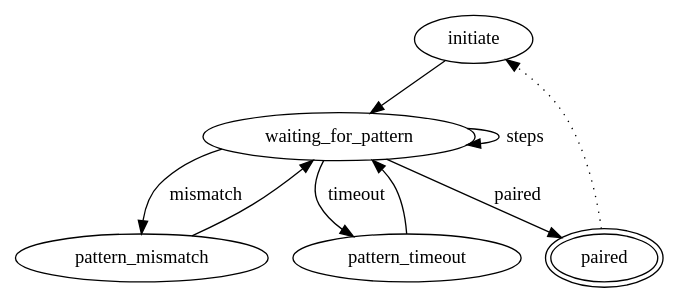
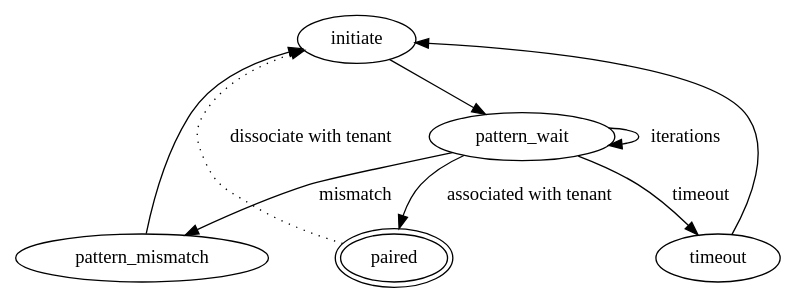
Before and after one commit to nrfcloud-scratchpad/device-simulator-merge: the diagram in doc/device_user_association_states.dot, drawn with Graphviz. The commit also changed 1 other file, not shown here.

Commit message:
Add state diagram for device user association.

```diff
--- a/doc/device_user_association_states.dot
+++ b/doc/device_user_association_states.dot
@@ -1,18 +1,20 @@
 digraph {
     initiate
-    waiting_for_pattern 
+    pattern_wait
+    pattern_mismatch
+    timeout 
     paired [peripheries=2]
     
-    initiate -> waiting_for_pattern [style=solid]
-    waiting_for_pattern -> paired [style=solid, label="paired"]
+    initiate -> pattern_wait [style=solid]
+    pattern_wait -> paired [style=solid, label="associated with tenant"]
 
-    waiting_for_pattern -> waiting_for_pattern [style=solid, label="steps"]
+    pattern_wait -> pattern_wait [style=solid, label="iterations"]
     
-    waiting_for_pattern -> pattern_mismatch [style=solid, label="mismatch"]
-    pattern_mismatch -> waiting_for_pattern [style=solid]
+    pattern_wait -> pattern_mismatch [style=solid, label="mismatch"]
+    pattern_mismatch -> initiate [style=solid]
 
-    waiting_for_pattern -> pattern_timeout  [style=solid, label="timeout"]
-    pattern_timeout -> waiting_for_pattern [style=solid]
+    pattern_wait -> timeout  [style=solid, label="timeout"]
+    timeout -> initiate [style=solid]
 
-    paired -> initiate [style=dotted]
+    paired -> initiate [style=dotted, label="dissociate with tenant"]
 }
```
